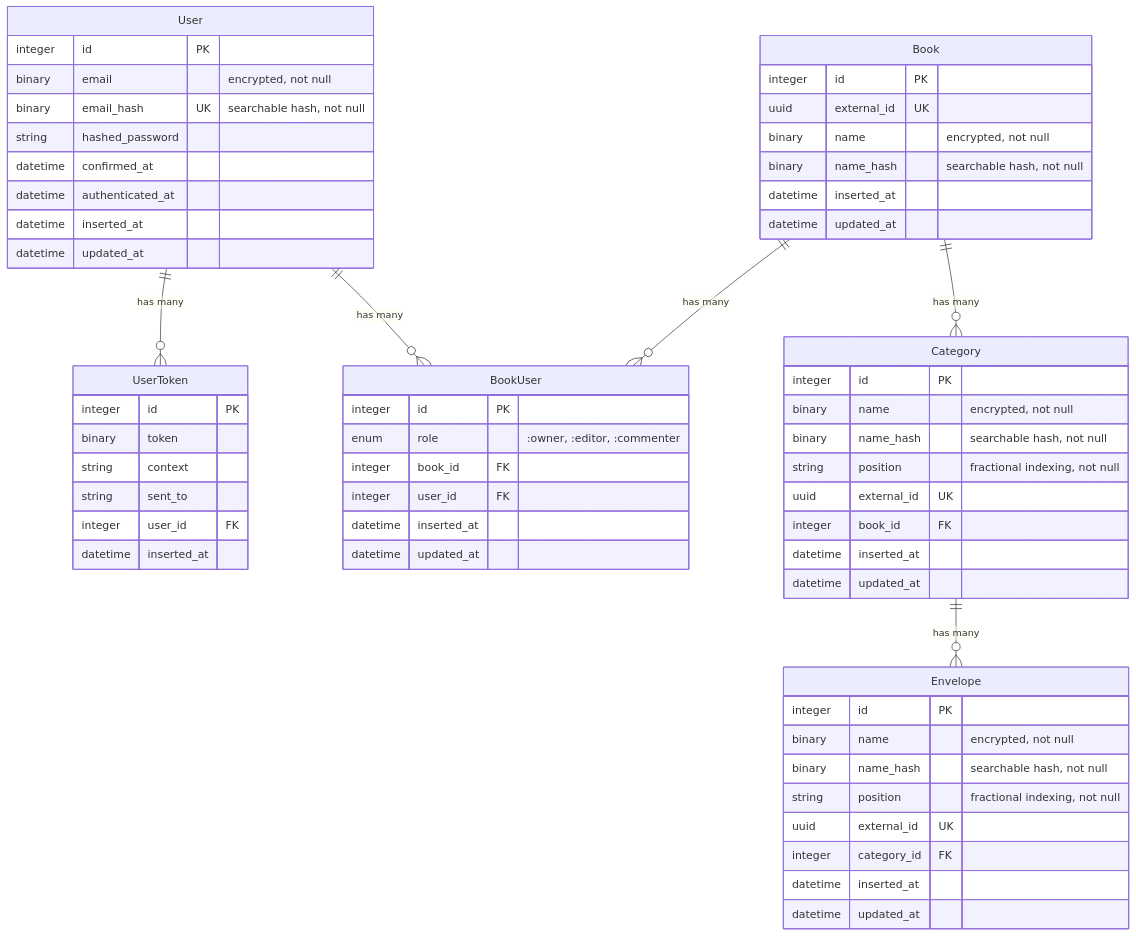
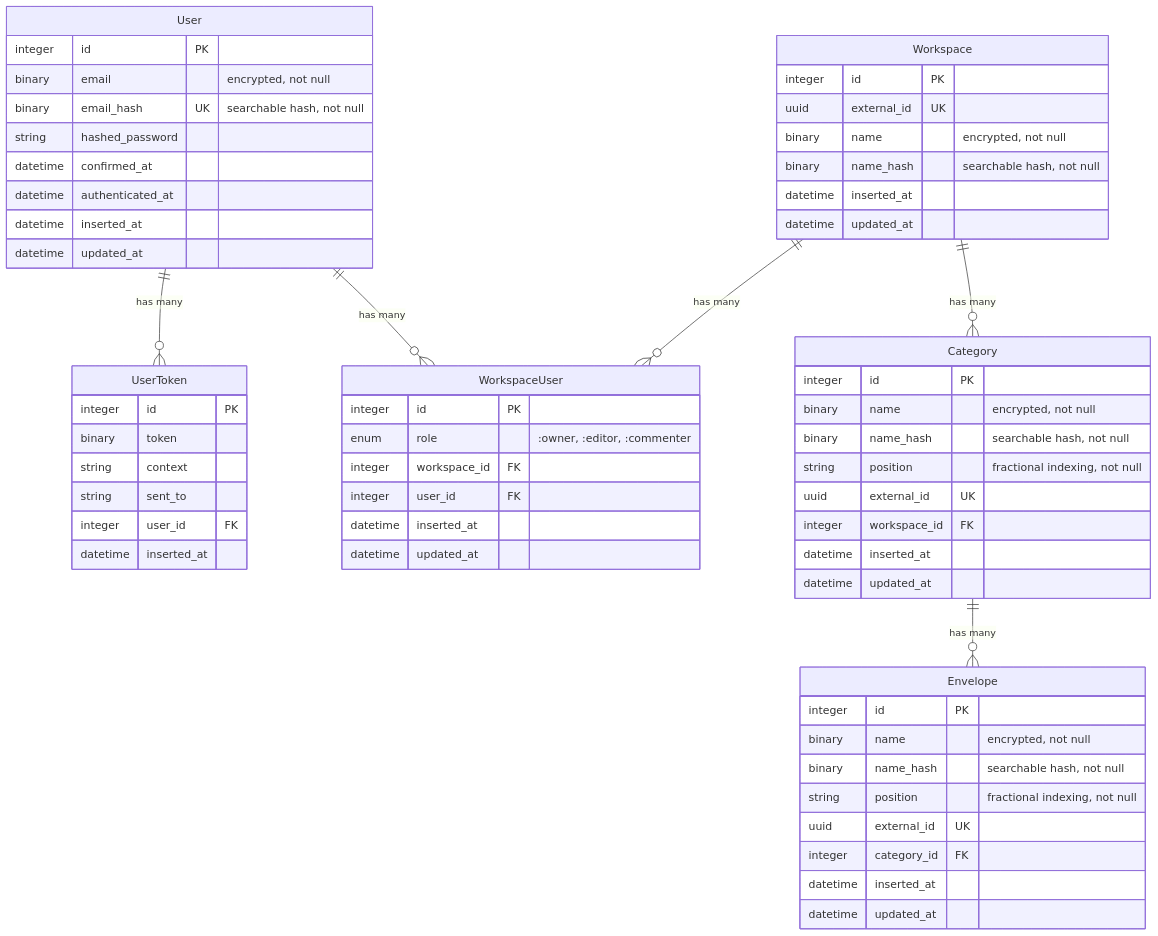
Before and after one commit to pursecraft/pursecraft: the diagram in docs/database_schema.md, drawn with Mermaid. The commit also changed other lines of this file and 166 other files, not shown here.

First line of the commit message:
Change Book to Workspace (#42)

````diff
--- a/docs/database_schema.md
+++ b/docs/database_schema.md
@@ -5,68 +5,68 @@
 ```mermaid
 erDiagram
     User ||--o{ UserToken : "has many"
-    User ||--o{ BookUser : "has many"
-    Book ||--o{ BookUser : "has many"
-    Book ||--o{ Category : "has many"
+    User ||--o{ WorkspaceUser : "has many"
+    Workspace ||--o{ WorkspaceUser : "has many"
+    Workspace ||--o{ Category : "has many"
     Category ||--o{ Envelope : "has many"
     
     User {
         integer id PK
         binary email "encrypted, not null"
         binary email_hash UK "searchable hash, not null"
         string hashed_password
         datetime confirmed_at
         datetime authenticated_at
         datetime inserted_at
         datetime updated_at
     }
     
     UserToken {
         integer id PK
         binary token
         string context
         string sent_to
         integer user_id FK
         datetime inserted_at
     }
     
-    Book {
+    Workspace {
         integer id PK
         uuid external_id UK
         binary name "encrypted, not null"
         binary name_hash "searchable hash, not null"
         datetime inserted_at
         datetime updated_at
     }
     
-    BookUser {
+    WorkspaceUser {
         integer id PK
         enum role ":owner, :editor, :commenter"
-        integer book_id FK
+        integer workspace_id FK
         integer user_id FK
         datetime inserted_at
         datetime updated_at
     }
     
     Category {
         integer id PK
         binary name "encrypted, not null"
         binary name_hash "searchable hash, not null"
         string position "fractional indexing, not null"
         uuid external_id UK
-        integer book_id FK
+        integer workspace_id FK
         datetime inserted_at
         datetime updated_at
     }
     
     Envelope {
         integer id PK
         binary name "encrypted, not null"
         binary name_hash "searchable hash, not null"
         string position "fractional indexing, not null"
         uuid external_id UK
         integer category_id FK
         datetime inserted_at
         datetime updated_at
     }
 ```
````
